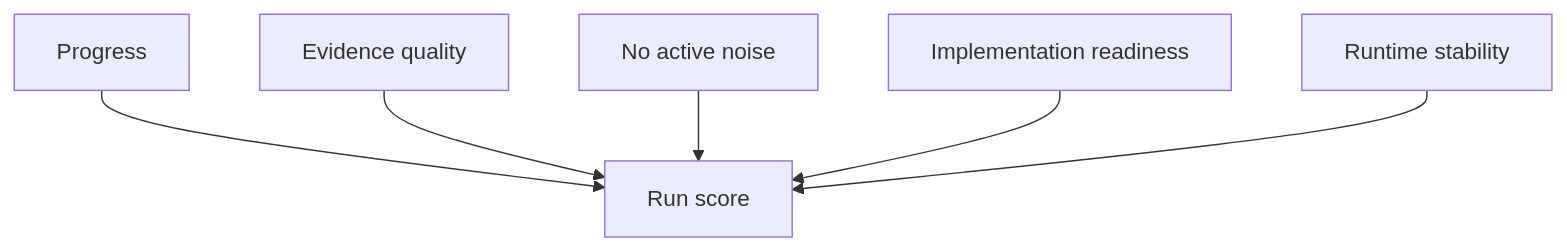
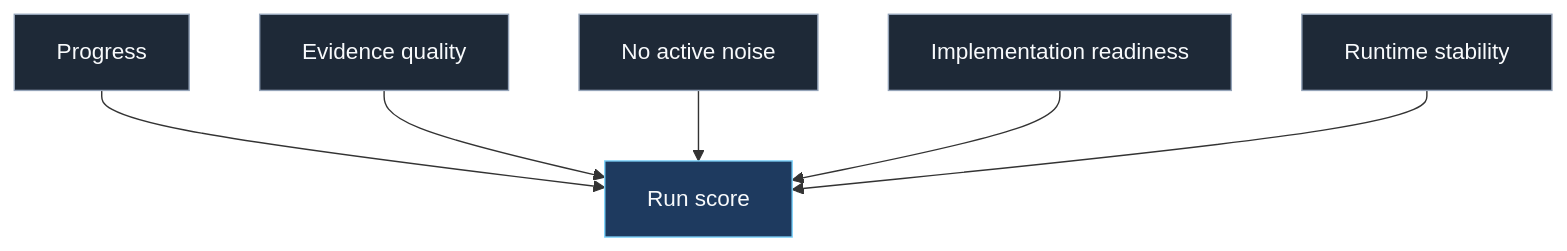
Before and after one commit to Kristianaaron/openclaw-harness-autoresearch: the third of 4 diagrams in README.md, drawn with Mermaid. The commit also changed other lines of this file and 1 other file, not shown here.

````diff
--- a/README.md
+++ b/README.md
@@ -93,8 +170,11 @@
 ```mermaid
 flowchart TD
-    A["Progress"] --> F["Run score"]
-    B["Evidence quality"] --> F
-    C["No active noise"] --> F
-    D["Implementation readiness"] --> F
-    E["Runtime stability"] --> F
+    classDef box fill:#1e2937,stroke:#94a3b8,color:#f8fafc
+    classDef score fill:#1e3a5f,stroke:#7dd3fc,color:#f8fafc
+
+    A["Progress"]:::box --> F["Run score"]:::score
+    B["Evidence quality"]:::box --> F
+    C["No active noise"]:::box --> F
+    D["Implementation readiness"]:::box --> F
+    E["Runtime stability"]:::box --> F
 ```
````
